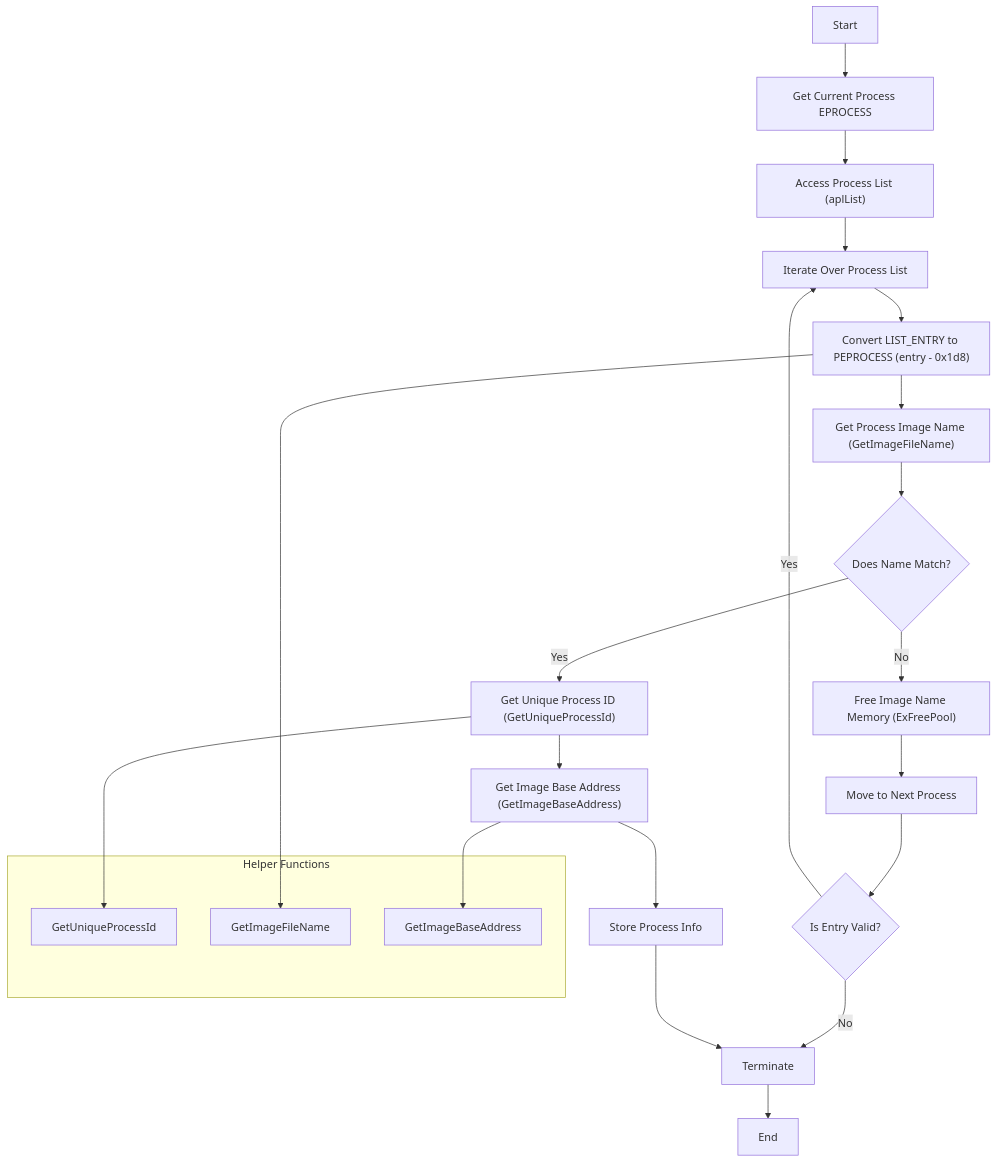
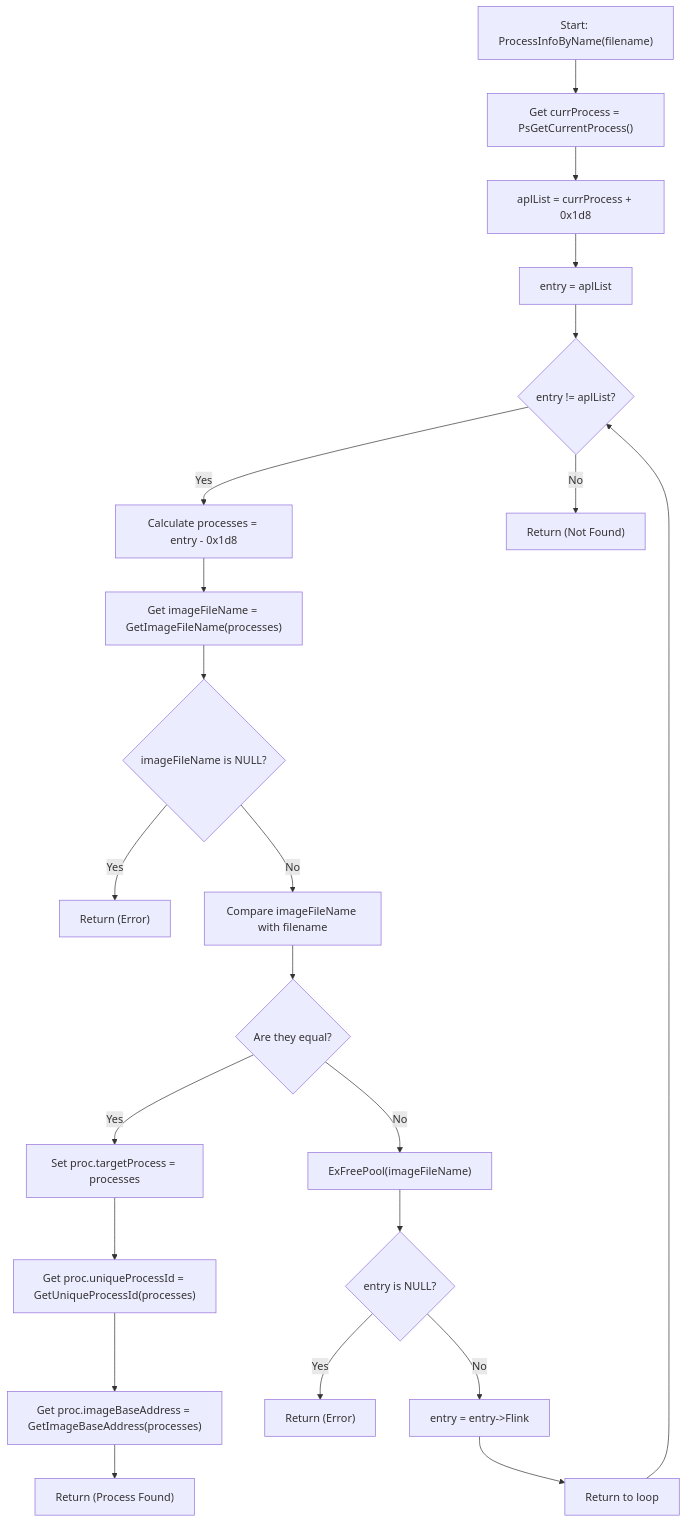
One commit to lucasbuyatti/lab-krnl changed the diagram in README.md. Above: the diagram before and after it, drawn with Mermaid.

````diff
--- a/README.md
+++ b/README.md
@@ -13,29 +13,46 @@
 ```mermaid
-graph TD;
-    A["Start"] --> B["Get Current Process EPROCESS"]
-    B --> C["Access Process List (aplList)"]
-    C --> D["Iterate Over Process List"]
-    D --> D1["Convert LIST_ENTRY to PEPROCESS (entry - 0x1d8)"]
-    D1 --> E["Get Process Image Name (GetImageFileName)"]
-    E --> F{"Does Name Match?"}
-    F -- No --> G["Free Image Name Memory (ExFreePool)"]
-    G --> H["Move to Next Process"]
-    H --> I1{"Is Entry Valid?"}
-    I1 -- Yes --> D
-    I1 -- No --> K["Terminate"]
-    F -- Yes --> J["Get Unique Process ID (GetUniqueProcessId)"]
-    J --> L["Get Image Base Address (GetImageBaseAddress)"]
-    L --> M["Store Process Info"]
-    M --> K
-    K --> N["End"]
-
-    subgraph "Helper Functions"
-        F1["GetUniqueProcessId"]
-        F2["GetImageFileName"]
-        F3["GetImageBaseAddress"]
-    end
-
-    D1 --> F2
-    J --> F1
-    L --> F3
+graph TD
+    A["Start: ProcessInfoByName(filename)"]
+    B["Get currProcess = PsGetCurrentProcess()"]
+    C["aplList = currProcess + 0x1d8"]
+    D["entry = aplList"]
+    E{"entry != aplList?"}
+    F["Calculate processes = entry - 0x1d8"]
+    G["Get imageFileName = GetImageFileName(processes)"]
+    H{"imageFileName is NULL?"}
+    I["Return (Error)"]
+    J["Compare imageFileName with filename"]
+    K{"Are they equal?"}
+    L["Set proc.targetProcess = processes"]
+    M["Get proc.uniqueProcessId = GetUniqueProcessId(processes)"]
+    N["Get proc.imageBaseAddress = GetImageBaseAddress(processes)"]
+    O["Return (Process Found)"]
+    P["ExFreePool(imageFileName)"]
+    Q{"entry is NULL?"}
+    R["Return (Error)"]
+    S["entry = entry->Flink"]
+    T["Return to loop"]
+    U["Return (Not Found)"]
+    
+    A --> B  
+    B --> C  
+    C --> D  
+    D --> E  
+    E -- "Yes" --> F  
+    E -- "No" --> U  
+    F --> G  
+    G --> H  
+    H -- "Yes" --> I  
+    H -- "No" --> J  
+    J --> K  
+    K -- "Yes" --> L  
+    L --> M  
+    M --> N  
+    N --> O  
+    K -- "No" --> P  
+    P --> Q  
+    Q -- "Yes" --> R  
+    Q -- "No" --> S  
+    S --> T  
+    T --> E  
 ```
````
